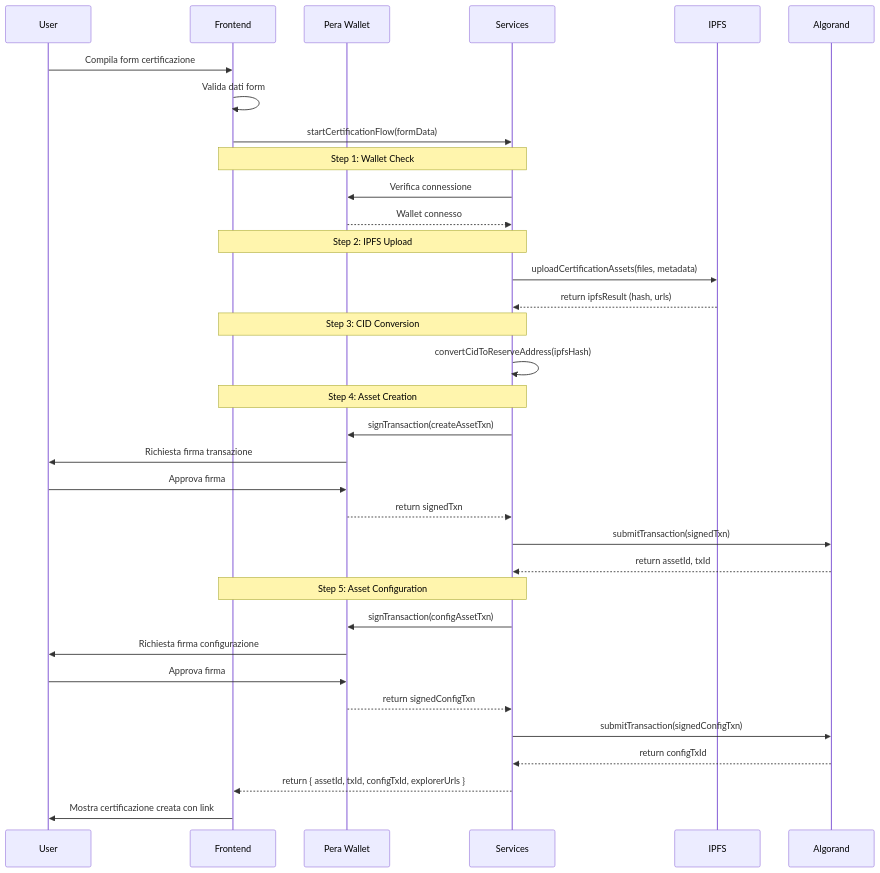
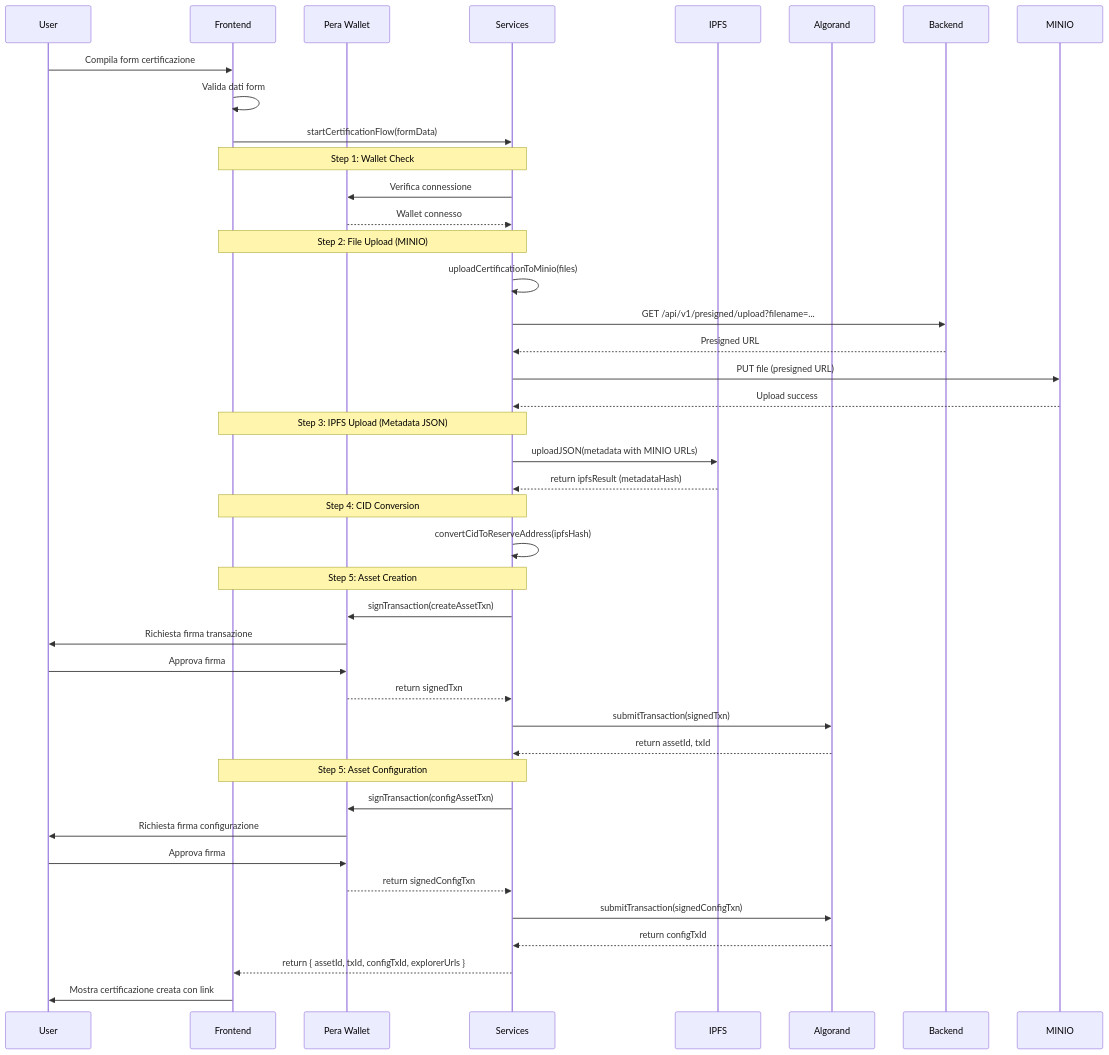
Before and after one commit to ArtCertify/ArtCertify: the first of 4 diagrams in docs/ARCHITECTURE.md, drawn with Mermaid. The commit also changed other lines of this file and 5 other files, not shown here.

Commit message:
feat: implement hybrid storage architecture using MINIO for file uploads and IPFS for metadata JSON, enhancing performance and compliance

````diff
--- a/docs/ARCHITECTURE.md
+++ b/docs/ARCHITECTURE.md
@@ -124,43 +133,50 @@
 ```mermaid
 sequenceDiagram
     participant U as User
     participant F as Frontend
     participant P as Pera Wallet
     participant S as Services
     participant I as IPFS
     participant A as Algorand
 
     U->>F: Compila form certificazione
     F->>F: Valida dati form
     F->>S: startCertificationFlow(formData)
     
     Note over F,S: Step 1: Wallet Check
     S->>P: Verifica connessione
     P-->>S: Wallet connesso
     
-    Note over F,S: Step 2: IPFS Upload
-    S->>I: uploadCertificationAssets(files, metadata)
-    I-->>S: return ipfsResult (hash, urls)
+    Note over F,S: Step 2: File Upload (MINIO)
+    S->>S: uploadCertificationToMinio(files)
+    S->>Backend: GET /api/v1/presigned/upload?filename=...
+    Backend-->>S: Presigned URL
+    S->>MINIO: PUT file (presigned URL)
+    MINIO-->>S: Upload success
     
-    Note over F,S: Step 3: CID Conversion
+    Note over F,S: Step 3: IPFS Upload (Metadata JSON)
+    S->>I: uploadJSON(metadata with MINIO URLs)
+    I-->>S: return ipfsResult (metadataHash)
+    
+    Note over F,S: Step 4: CID Conversion
     S->>S: convertCidToReserveAddress(ipfsHash)
     
-    Note over F,S: Step 4: Asset Creation
+    Note over F,S: Step 5: Asset Creation
     S->>P: signTransaction(createAssetTxn)
     P->>U: Richiesta firma transazione
     U->>P: Approva firma
     P-->>S: return signedTxn
     S->>A: submitTransaction(signedTxn)
     A-->>S: return assetId, txId
     
     Note over F,S: Step 5: Asset Configuration
     S->>P: signTransaction(configAssetTxn)
     P->>U: Richiesta firma configurazione
     U->>P: Approva firma
     P-->>S: return signedConfigTxn
     S->>A: submitTransaction(signedConfigTxn)
     A-->>S: return configTxId
     
     S-->>F: return { assetId, txId, configTxId, explorerUrls }
     F->>U: Mostra certificazione creata con link
 ```
````
